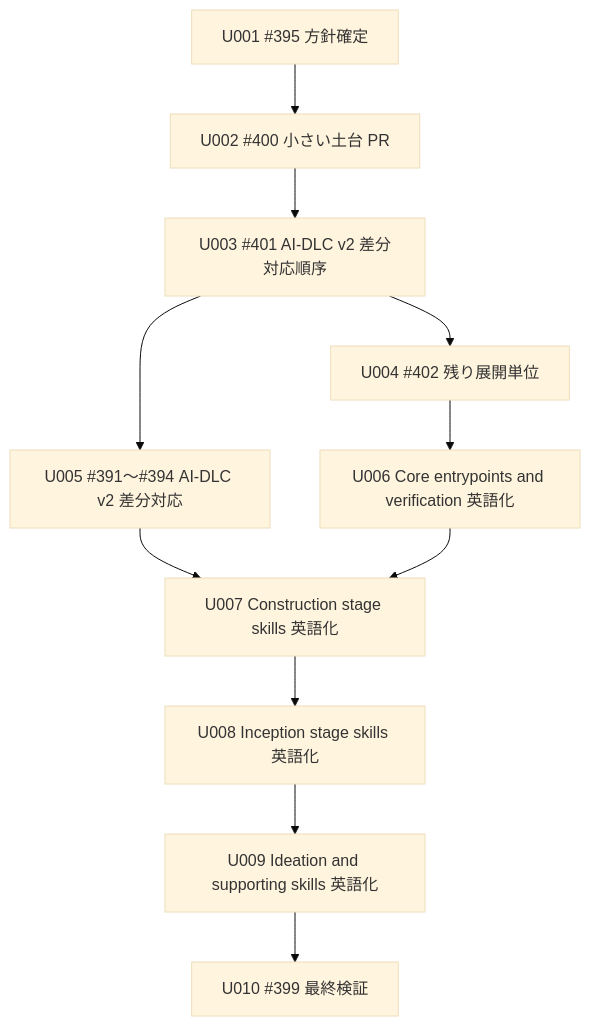
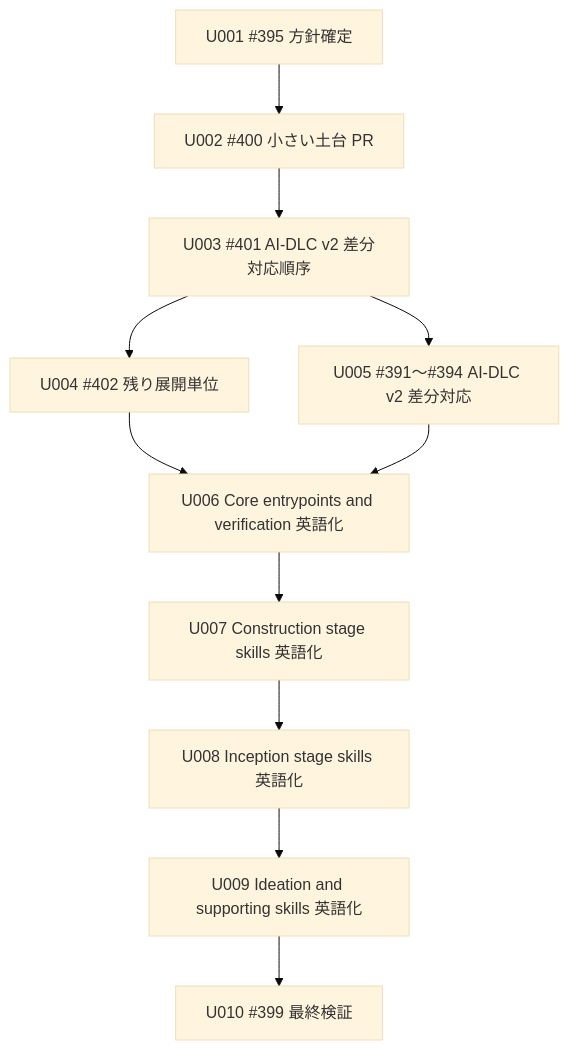
Before and after one commit to amadeus-dlc/amadeus: the diagram in aidlc/spaces/default/intents/260703-amadeus-skill-english-rollout-plan/inception/units-generation/unit-of-work-dependency.md, drawn with Mermaid (base theme). The commit also changed other lines of this file and 1 other file, not shown here.

````diff
--- a/aidlc/spaces/default/intents/260703-amadeus-skill-english-rollout-plan/inception/units-generation/unit-of-work-dependency.md
+++ b/aidlc/spaces/default/intents/260703-amadeus-skill-english-rollout-plan/inception/units-generation/unit-of-work-dependency.md
@@ -27,24 +28,24 @@
 ```mermaid
 flowchart TD
   u001["U001 #395 方針確定"]
   u002["U002 #400 小さい土台 PR"]
   u003["U003 #401 AI-DLC v2 差分対応順序"]
   u004["U004 #402 残り展開単位"]
   u005["U005 #391〜#394 AI-DLC v2 差分対応"]
   u006["U006 Core entrypoints and verification 英語化"]
   u007["U007 Construction stage skills 英語化"]
   u008["U008 Inception stage skills 英語化"]
   u009["U009 Ideation and supporting skills 英語化"]
   u010["U010 #399 最終検証"]
 
   u001 --> u002
   u002 --> u003
   u003 --> u004
   u003 --> u005
   u004 --> u006
-  u005 --> u007
+  u005 --> u006
   u006 --> u007
   u007 --> u008
   u008 --> u009
   u009 --> u010
 ```
````
